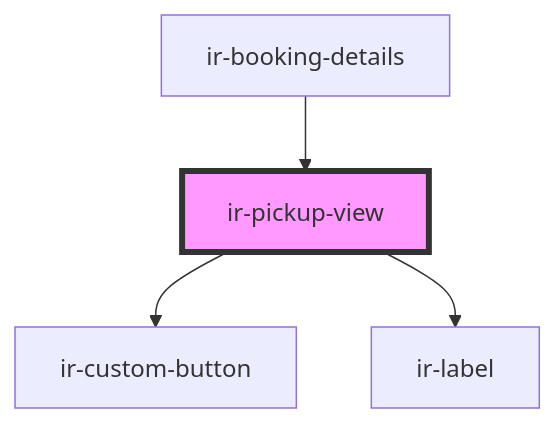
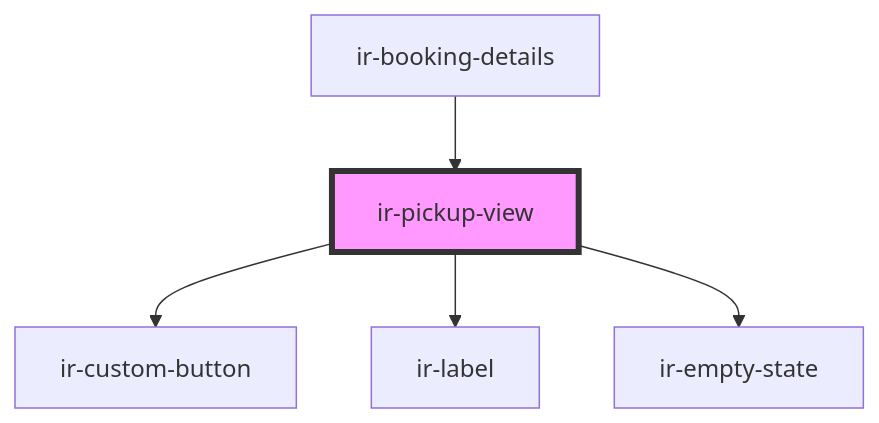
Before and after one commit to David1Chowaifaty/modified-ir-webcmp: the diagram in src/components/ir-booking-details/ir-pickup-view/readme.md, drawn with Mermaid. The commit also changed other lines of this file and 20 other files, not shown here.

````diff
--- a/src/components/ir-booking-details/ir-pickup-view/readme.md
+++ b/src/components/ir-booking-details/ir-pickup-view/readme.md
@@ -27,7 +28,8 @@
 ```mermaid
 graph TD;
   ir-pickup-view --> ir-custom-button
   ir-pickup-view --> ir-label
+  ir-pickup-view --> ir-empty-state
   ir-booking-details --> ir-pickup-view
   style ir-pickup-view fill:#f9f,stroke:#333,stroke-width:4px
 ```
````
